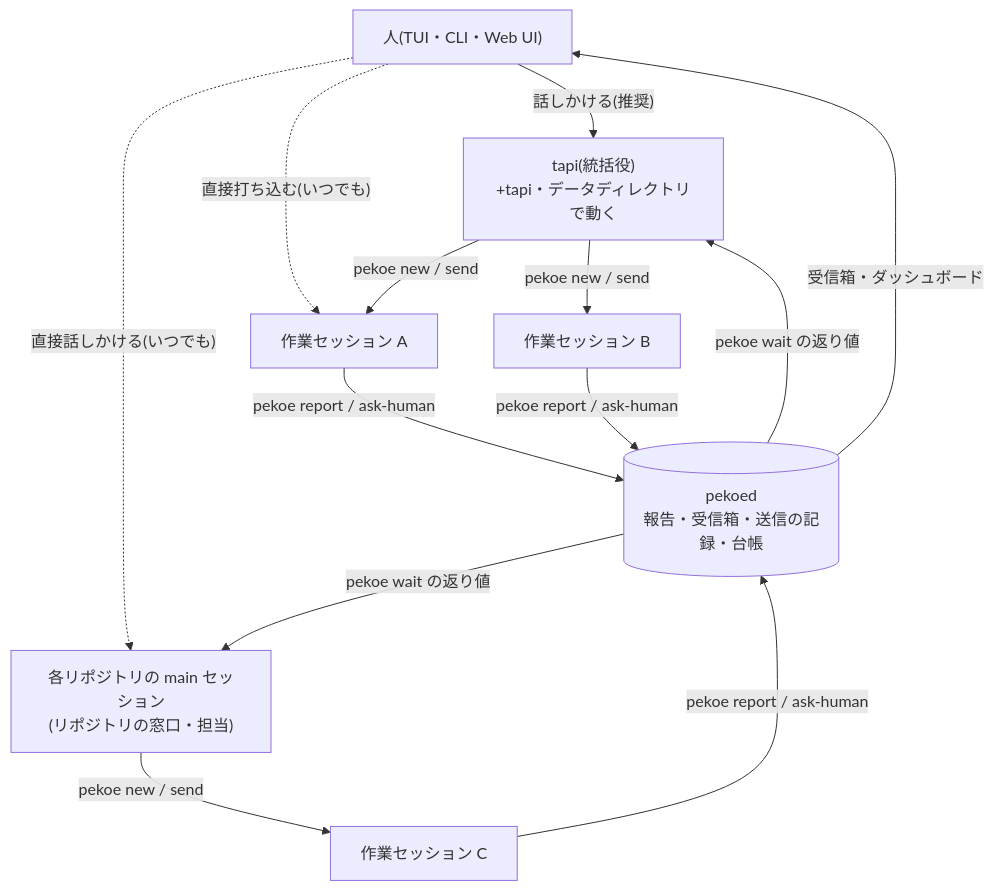
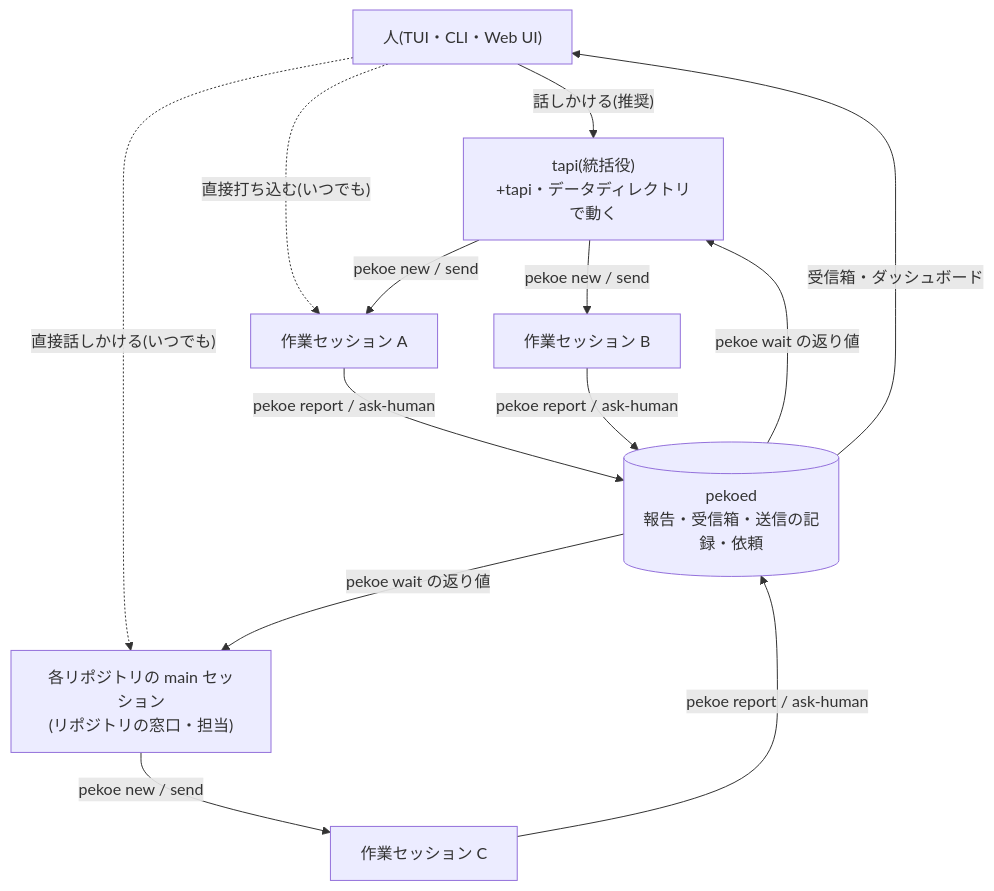
The diagram in docs/orchestration.md (sakamosu/pekoe), drawn with Mermaid before and after one commit. The commit also changed other lines of this file and 14 other files, not shown here.

````diff
--- a/docs/orchestration.md
+++ b/docs/orchestration.md
@@ -42,22 +42,22 @@
 ```mermaid
 flowchart TB
   human["人(TUI・CLI・Web UI)"]
   tapi["tapi(統括役)<br/>+tapi・データディレクトリで動く"]
   main["各リポジトリの main セッション<br/>(リポジトリの窓口・担当)"]
   s1["作業セッション A"]
   s2["作業セッション B"]
   s3["作業セッション C"]
-  pekoed[("pekoed<br/>報告・受信箱・送信の記録・台帳")]
+  pekoed[("pekoed<br/>報告・受信箱・送信の記録・依頼")]
   human -- "話しかける(推奨)" --> tapi
   human -. "直接話しかける(いつでも)" .-> main
   human -. "直接打ち込む(いつでも)" .-> s1
   tapi -- "pekoe new / send" --> s1
   tapi -- "pekoe new / send" --> s2
   main -- "pekoe new / send" --> s3
   s1 -- "pekoe report / ask-human" --> pekoed
   s2 -- "pekoe report / ask-human" --> pekoed
   s3 -- "pekoe report / ask-human" --> pekoed
   pekoed -- "pekoe wait の返り値" --> tapi
   pekoed -- "pekoe wait の返り値" --> main
   pekoed -- "受信箱・ダッシュボード" --> human
 ```
````
